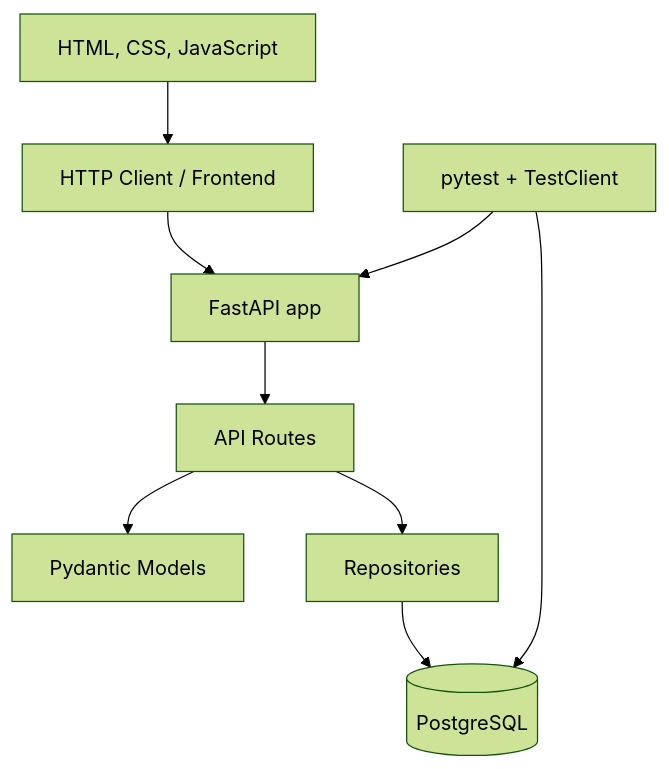
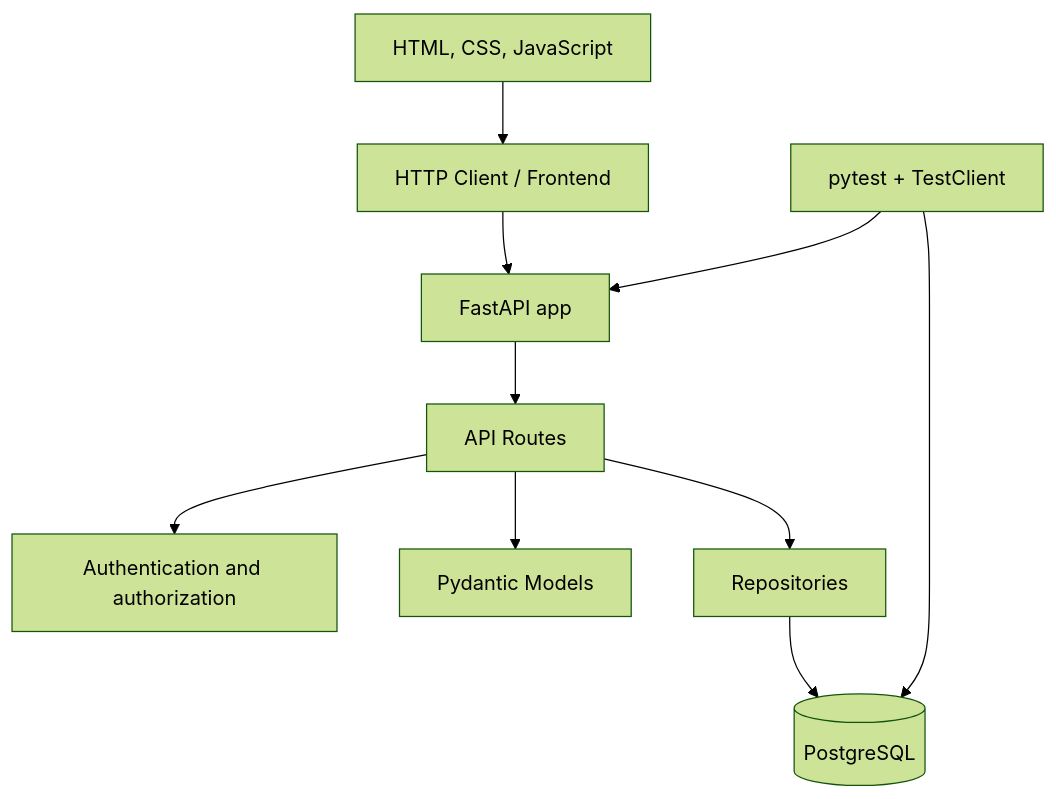
Before and after one commit to bruno-diaz-dev/flagtastic-league: the first of 4 diagrams in docs/architecture.md, drawn with Mermaid (forest theme). The commit also changed other lines of this file and 63 other files, not shown here.

````diff
--- a/docs/architecture.md
+++ b/docs/architecture.md
@@ -18,20 +18,22 @@
 ```mermaid
 flowchart TD
     Client[HTTP Client / Frontend]
     Static[HTML, CSS, JavaScript]
     App[FastAPI app]
     Routes[API Routes]
+    Dependencies[Authentication and authorization]
     Models[Pydantic Models]
     Repositories[Repositories]
     DB[(PostgreSQL)]
     Tests[pytest + TestClient]
 
     Client --> App
     Static --> Client
     App --> Routes
+    Routes --> Dependencies
     Routes --> Models
     Routes --> Repositories
     Repositories --> DB
     Tests --> App
     Tests --> DB
 ```
````
